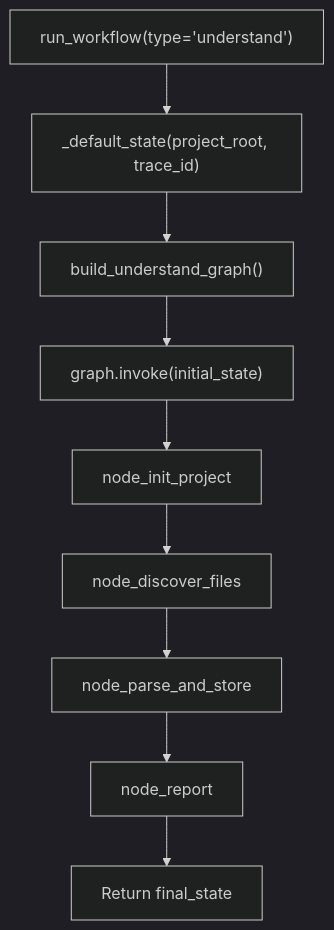
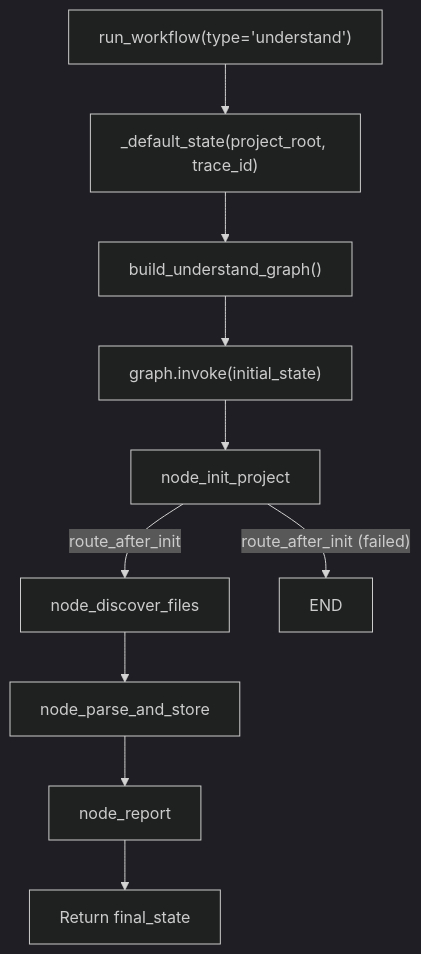
Before and after one commit to brunogcar/agent: the diagram in docs/workflows/understand/ARCHITECTURE.md, drawn with Mermaid (dark theme). The commit also changed other lines of this file and 30 other files, not shown here.

````diff
--- a/docs/workflows/understand/ARCHITECTURE.md
+++ b/docs/workflows/understand/ARCHITECTURE.md
@@ -45,11 +48,12 @@
 ```mermaid
 graph TD
     A["run_workflow(type='understand')"] --> B["_default_state(project_root, trace_id)"]
     B --> C["build_understand_graph()"]
     C --> D["graph.invoke(initial_state)"]
     D --> E["node_init_project"]
-    E --> F["node_discover_files"]
+    E -->|"route_after_init"| F["node_discover_files"]
+    E -->|"route_after_init (failed)"| END["END"]
     F --> G["node_parse_and_store"]
     G --> H["node_report"]
     H --> I["Return final_state"]
 ```
````
